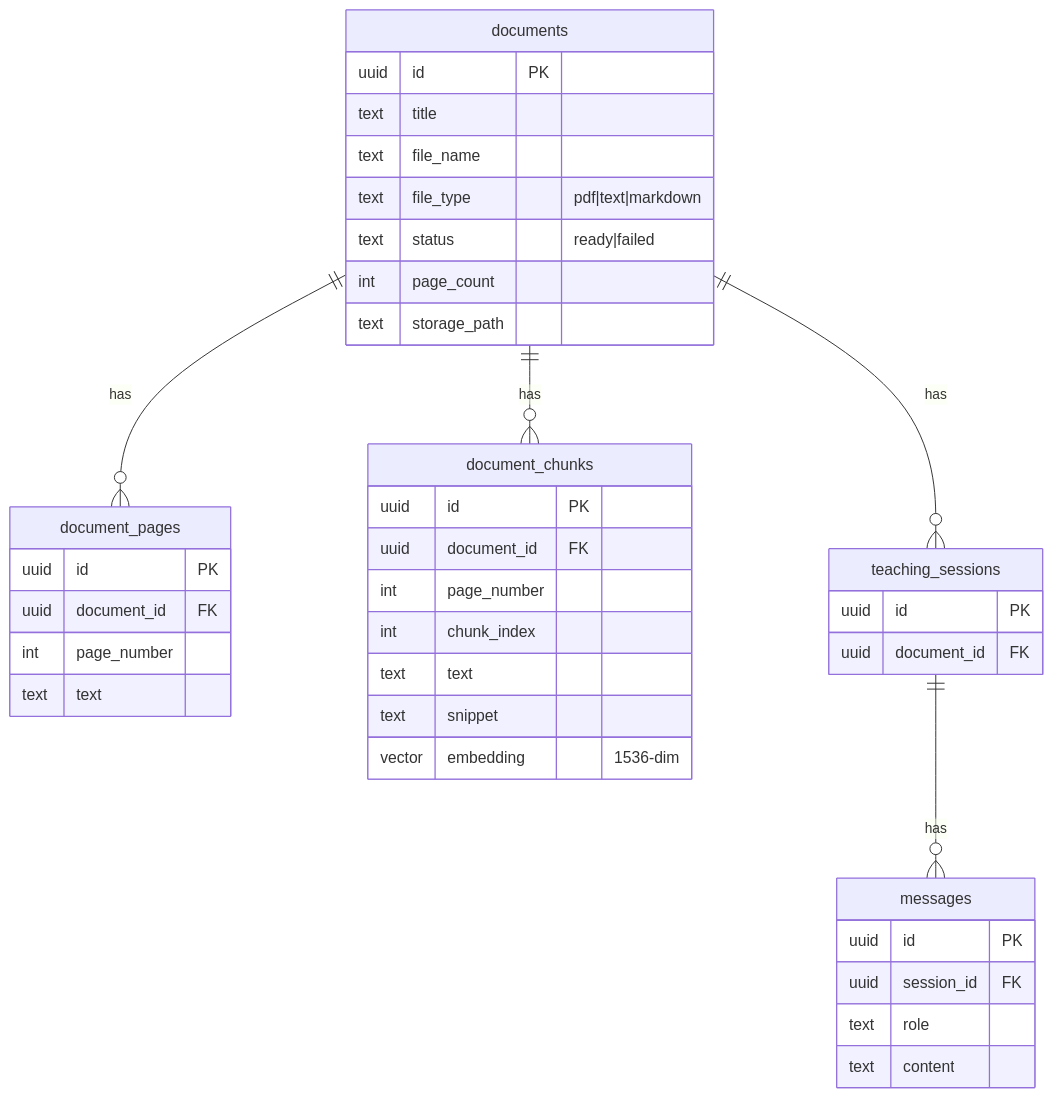
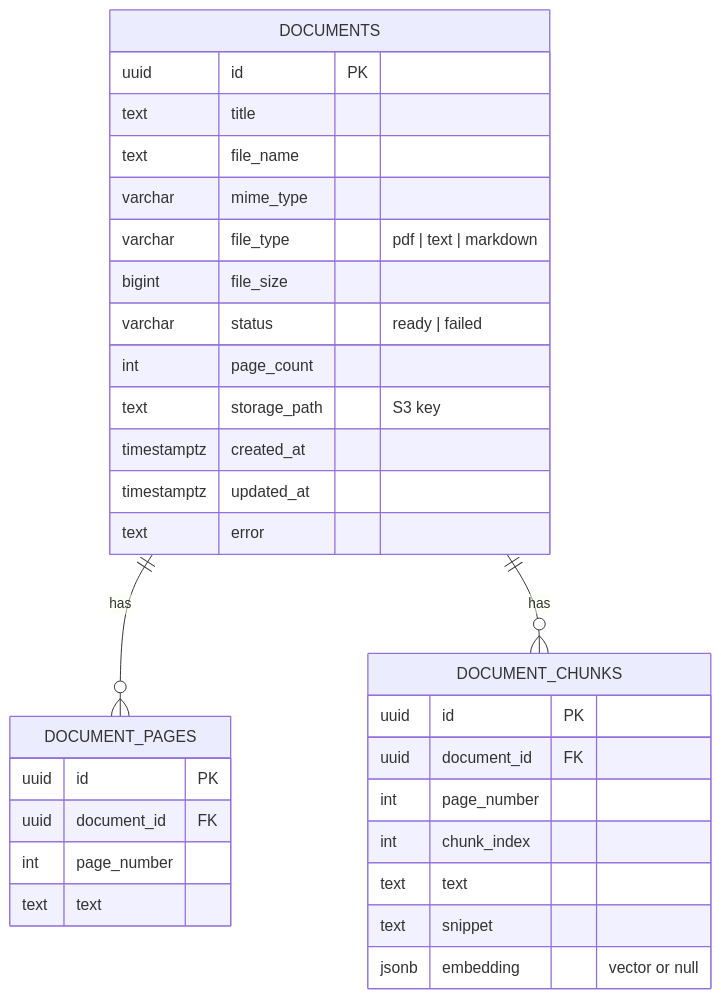
Before and after one commit to Rezkaudi/AI-Voice-Tutor-for-Documents-: the eighth of 8 diagrams in README.md, drawn with Mermaid. The commit also changed other lines of this file and 14 other files, not shown here.

````diff
--- a/README.md
+++ b/README.md
@@ -400,42 +466,37 @@
 ```mermaid
 erDiagram
-    documents ||--o{ document_pages : "has"
-    documents ||--o{ document_chunks : "has"
-    documents ||--o{ teaching_sessions : "has"
-    teaching_sessions ||--o{ messages : "has"
+    DOCUMENTS ||--o{ DOCUMENT_PAGES : "has"
+    DOCUMENTS ||--o{ DOCUMENT_CHUNKS : "has"
 
-    documents {
+    DOCUMENTS {
         uuid id PK
         text title
         text file_name
-        text file_type "pdf|text|markdown"
-        text status "ready|failed"
+        varchar mime_type
+        varchar file_type "pdf | text | markdown"
+        bigint file_size
+        varchar status "ready | failed"
         int page_count
-        text storage_path
+        text storage_path "S3 key"
+        timestamptz created_at
+        timestamptz updated_at
+        text error
     }
-    document_pages {
+
+    DOCUMENT_PAGES {
         uuid id PK
         uuid document_id FK
         int page_number
         text text
     }
-    document_chunks {
+
+    DOCUMENT_CHUNKS {
         uuid id PK
         uuid document_id FK
         int page_number
         int chunk_index
         text text
         text snippet
-        vector embedding "1536-dim"
-    }
-    teaching_sessions {
-        uuid id PK
-        uuid document_id FK
-    }
-    messages {
-        uuid id PK
-        uuid session_id FK
-        text role
-        text content
+        jsonb embedding "vector or null"
     }
 ```
````
